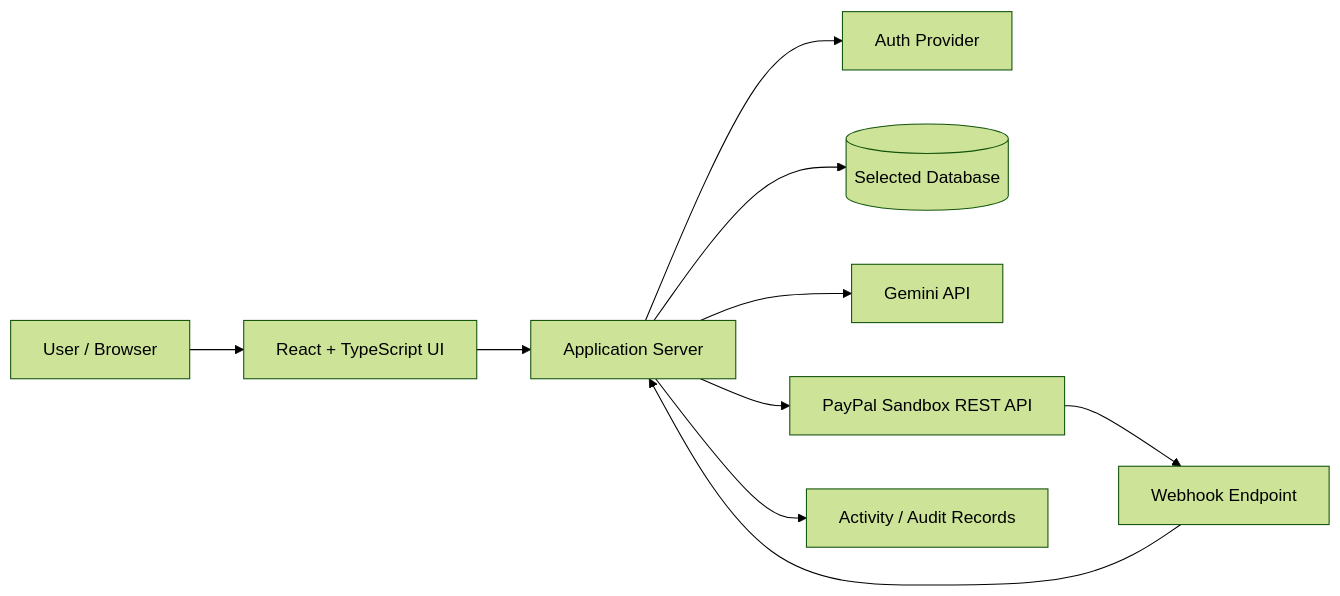
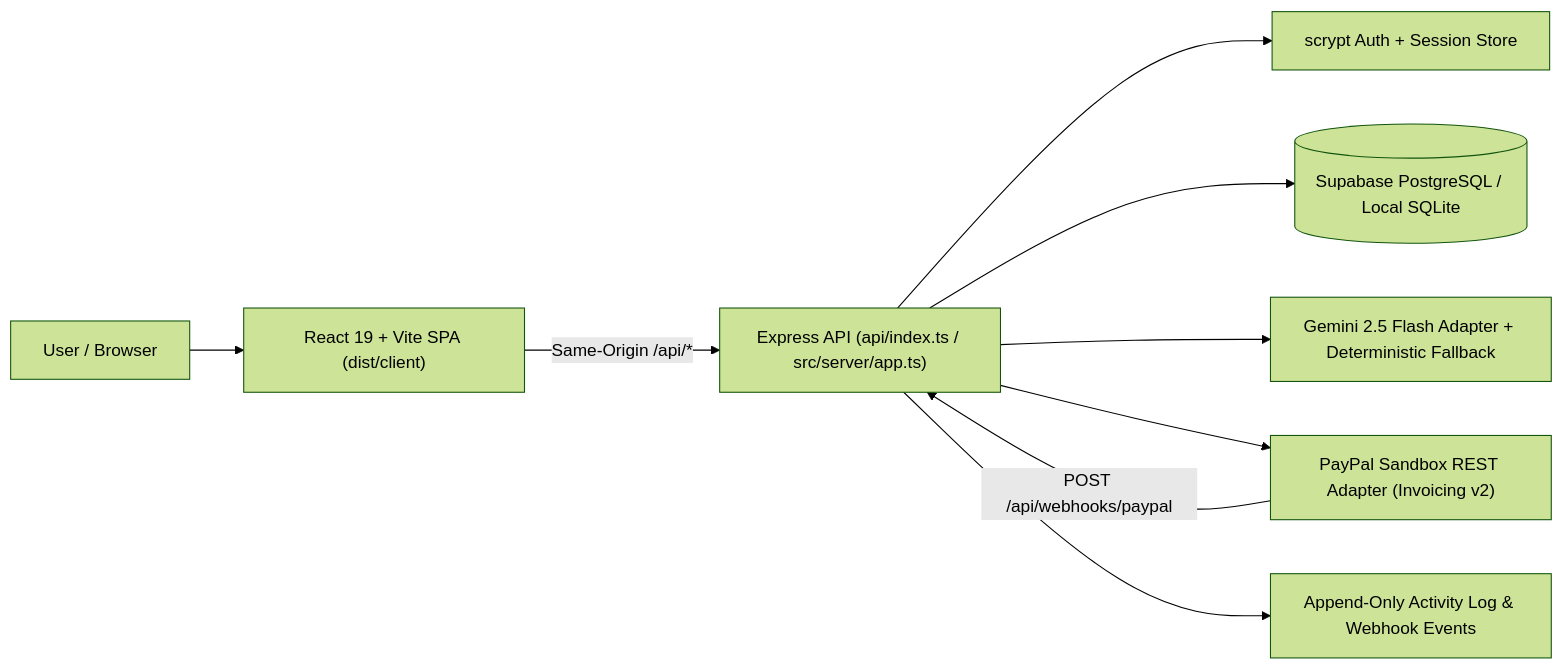
The first of 2 diagrams in docs/ARCHITECTURE.md (KhaleelxRahman/InvoicePilot), drawn with Mermaid (forest theme) before and after one commit. The commit also changed other lines of this file and 27 other files, not shown here.

````diff
--- a/docs/ARCHITECTURE.md
+++ b/docs/ARCHITECTURE.md
@@ -7,12 +8,11 @@
 ```mermaid
 flowchart LR
-  U[User / Browser] --> FE[React + TypeScript UI]
-  FE --> API[Application Server]
-  API --> AUTH[Auth Provider]
-  API --> DB[(Selected Database)]
-  API --> GEM[Gemini API]
-  API --> PP[PayPal Sandbox REST API]
-  PP --> WH[Webhook Endpoint]
-  WH --> API
-  API --> ACT[Activity / Audit Records]
+  U["User / Browser"] --> FE["React 19 + Vite SPA (dist/client)"]
+  FE -->|"Same-Origin /api/*"| API["Express API (api/index.ts / src/server/app.ts)"]
+  API --> AUTH["scrypt Auth + Session Store"]
+  API --> DB[("Supabase PostgreSQL / Local SQLite")]
+  API --> GEM["Gemini 2.5 Flash Adapter + Deterministic Fallback"]
+  API --> PP["PayPal Sandbox REST Adapter (Invoicing v2)"]
+  PP -->|"POST /api/webhooks/paypal"| API
+  API --> ACT["Append-Only Activity Log & Webhook Events"]
 ```
````
